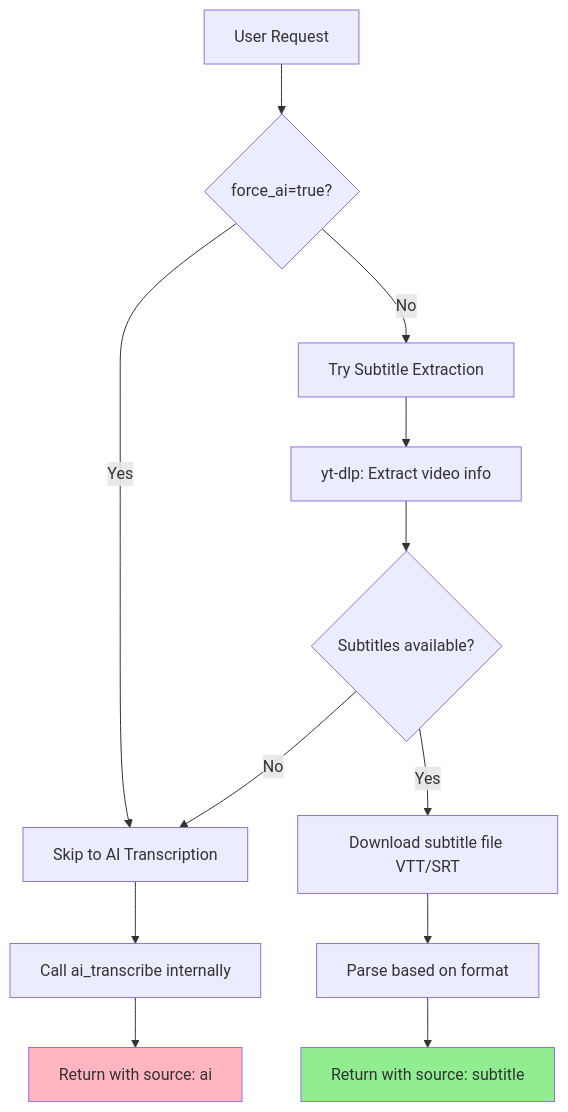
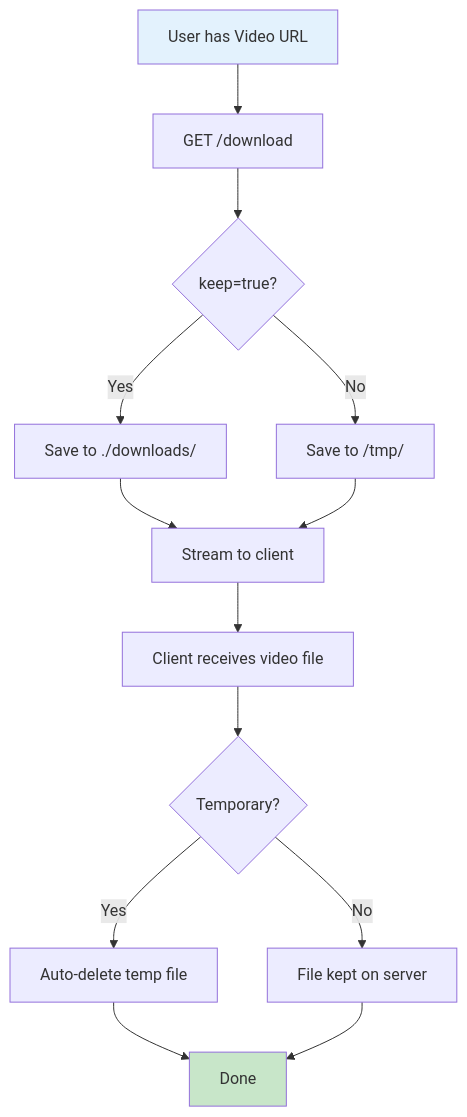
One commit to aaahariri/yt-dlp-v1 changed the fifth of 9 diagrams in docs/endpoint-flows.md. Above: the diagram before and after it, drawn with Mermaid. The commit also changed other lines of this file and 43 other files, not shown here.

````diff
--- a/docs/endpoint-flows.md
+++ b/docs/endpoint-flows.md
@@ -141,20 +188,23 @@
 ```mermaid
 flowchart TD
-    A[User Request] --> B{force_ai=true?}
-    B -->|Yes| H[Skip to AI Transcription]
-    B -->|No| C[Try Subtitle Extraction]
+    Start[User has Video URL] --> CallDownload[GET /download]
+    CallDownload --> CheckKeep{keep=true?}
 
-    C --> D[yt-dlp: Extract video info]
-    D --> E{Subtitles available?}
+    CheckKeep -->|Yes| SaveServer[Save to ./downloads/]
+    CheckKeep -->|No| TempFile[Save to /tmp/]
 
-    E -->|Yes| F[Download subtitle file VTT/SRT]
-    F --> G[Parse based on format]
-    G --> I[Return with source: subtitle]
+    SaveServer --> StreamClient[Stream to client]
+    TempFile --> StreamClient
 
-    E -->|No| H
-    H --> J[Call ai_transcribe internally]
-    J --> K[Return with source: ai]
+    StreamClient --> ClientReceives[Client receives video file]
+    ClientReceives --> CheckTemp{Temporary?}
 
-    style I fill:#90EE90
-    style K fill:#FFB6C1
+    CheckTemp -->|Yes| CleanupTemp[Auto-delete temp file]
+    CheckTemp -->|No| KeepServer[File kept on server]
+
+    CleanupTemp --> Done[Done]
+    KeepServer --> Done
+
+    style Start fill:#E3F2FD
+    style Done fill:#C8E6C9
 ```
````
